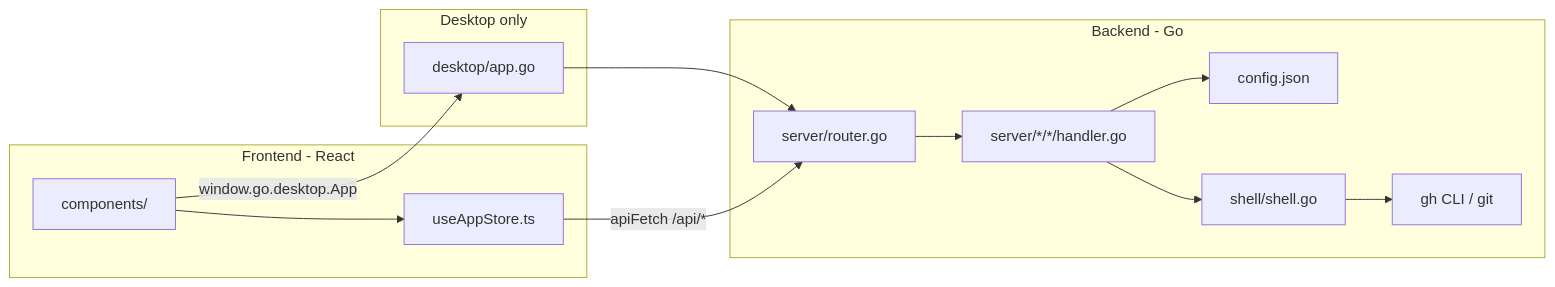
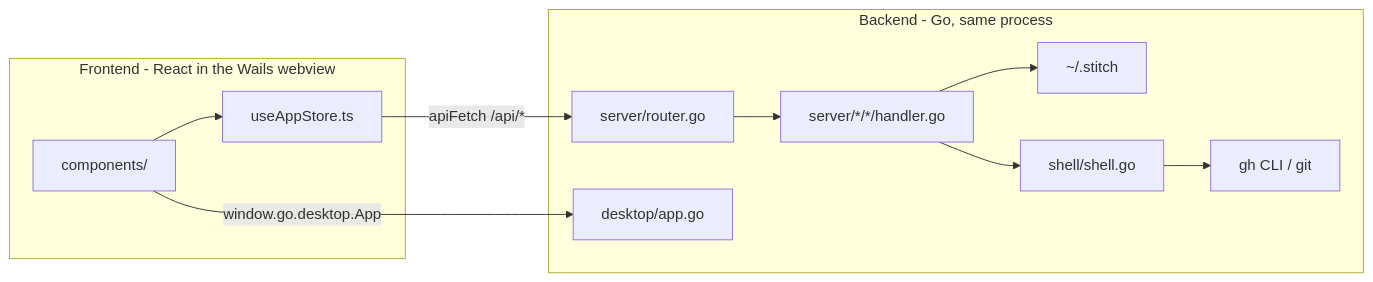
One commit to manas2297/stitch changed the diagram in README.md. Above: the diagram before and after it, drawn with Mermaid. The commit also changed other lines of this file and 38 other files, not shown here.

First line of the commit message:
feat: make Stitch desktop-only, drop the standalone web server (#31)

````diff
--- a/README.md
+++ b/README.md
@@ -94,26 +94,22 @@
 ```mermaid
 flowchart LR
-  subgraph frontend [Frontend - React]
+  subgraph frontend [Frontend - React in the Wails webview]
     UI[components/]
     Store[useAppStore.ts]
     UI --> Store
   end
 
-  subgraph backend [Backend - Go]
+  subgraph backend [Backend - Go, same process]
     Router[server/router.go]
     Handlers[server/*/*/handler.go]
-    Config[config.json]
+    Data[~/.stitch]
     Router --> Handlers
-    Handlers --> Config
+    Handlers --> Data
     Handlers --> Shell[shell/shell.go]
     Shell --> GH[gh CLI / git]
-  end
-
-  subgraph desktop [Desktop only]
     Wails[desktop/app.go]
-    Wails --> Router
   end
 
   Store -->|apiFetch /api/*| Router
   UI -->|window.go.desktop.App| Wails
 ```
````
